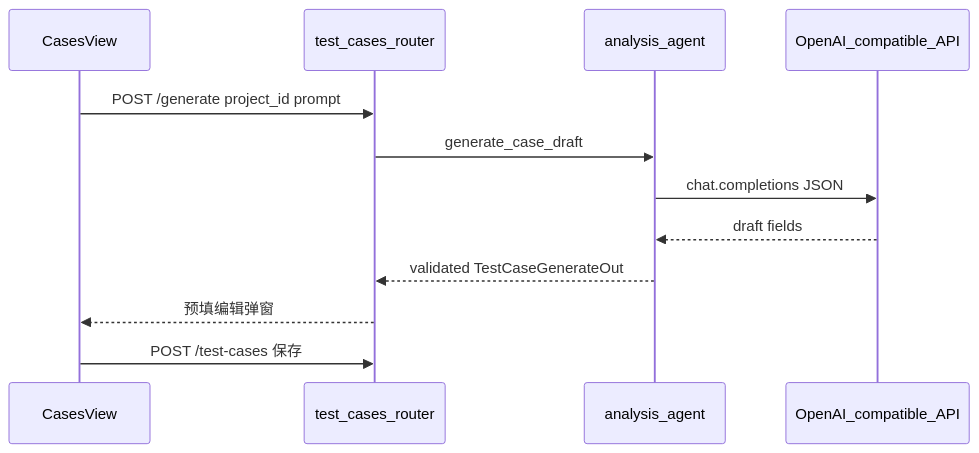
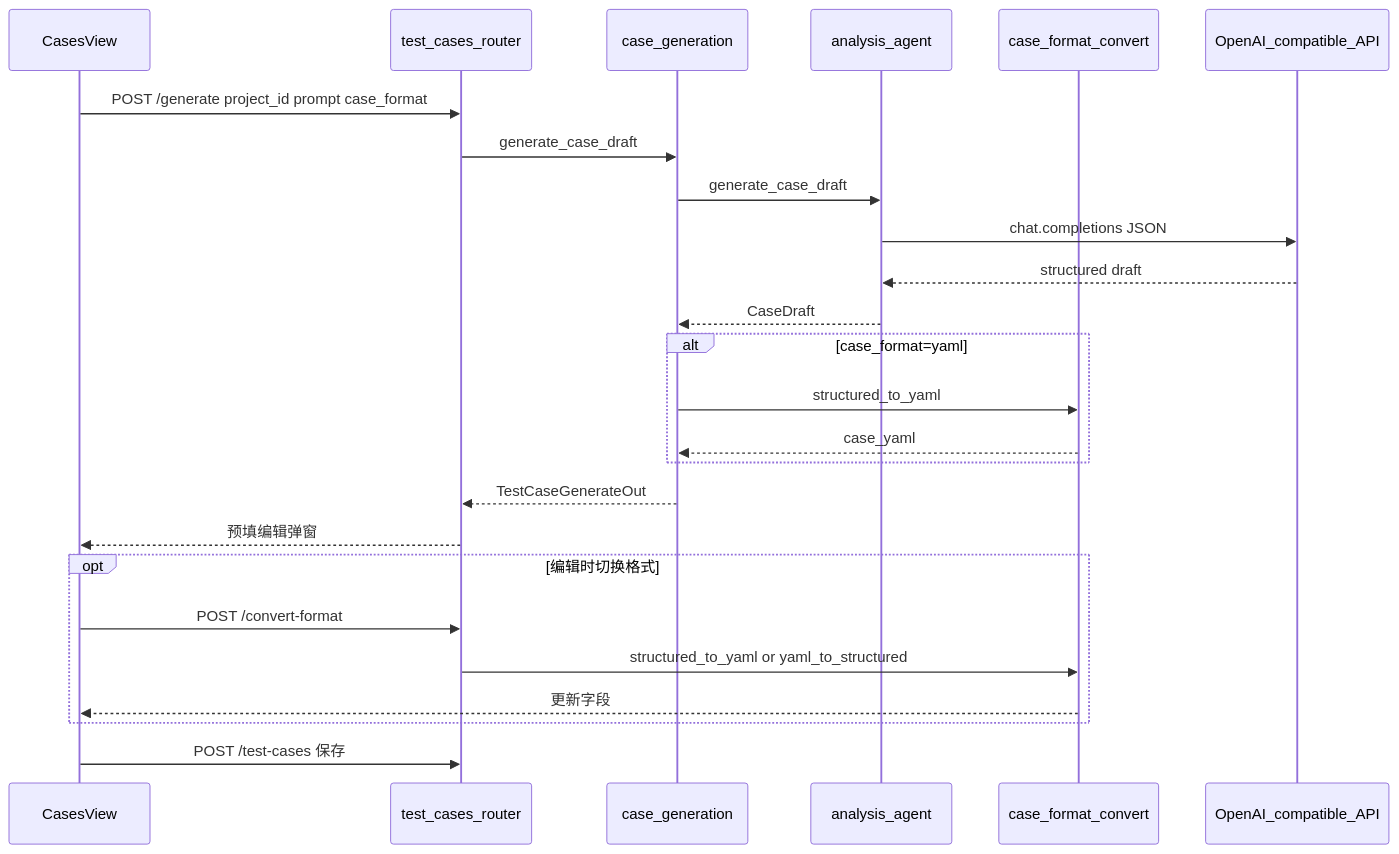
One commit to dyingmanliu/test_robot changed the first of 2 diagrams in ARCHITECTURE.md. Above: the diagram before and after it, drawn with Mermaid. The commit also changed other lines of this file and 9 other files, not shown here.

Commit message:
增强用例编写 Agent，支持用户选择生成格式（结构化或 YAML），并实现格式互转功能。更新 API 接口以处理可选格式，优化前端交互体验，允许用户在编辑时切换格式。调整相关文档和架构说明，提升系统的可用性和灵活性。

````diff
--- a/ARCHITECTURE.md
+++ b/ARCHITECTURE.md
@@ -64,15 +72,28 @@
 ```mermaid
 sequenceDiagram
   participant UI as CasesView
   participant API as test_cases_router
-  participant Gen as analysis_agent
+  participant Gen as case_generation
+  participant AA as analysis_agent
+  participant Conv as case_format_convert
   participant LLM as OpenAI_compatible_API
 
-  UI->>API: POST /generate project_id prompt
+  UI->>API: POST /generate project_id prompt case_format
   API->>Gen: generate_case_draft
-  Gen->>LLM: chat.completions JSON
-  LLM-->>Gen: draft fields
-  Gen-->>API: validated TestCaseGenerateOut
+  Gen->>AA: generate_case_draft
+  AA->>LLM: chat.completions JSON
+  LLM-->>AA: structured draft
+  AA-->>Gen: CaseDraft
+  alt case_format=yaml
+    Gen->>Conv: structured_to_yaml
+    Conv-->>Gen: case_yaml
+  end
+  Gen-->>API: TestCaseGenerateOut
   API-->>UI: 预填编辑弹窗
+  opt 编辑时切换格式
+    UI->>API: POST /convert-format
+    API->>Conv: structured_to_yaml or yaml_to_structured
+    Conv-->>UI: 更新字段
+  end
   UI->>API: POST /test-cases 保存
 ```
````
